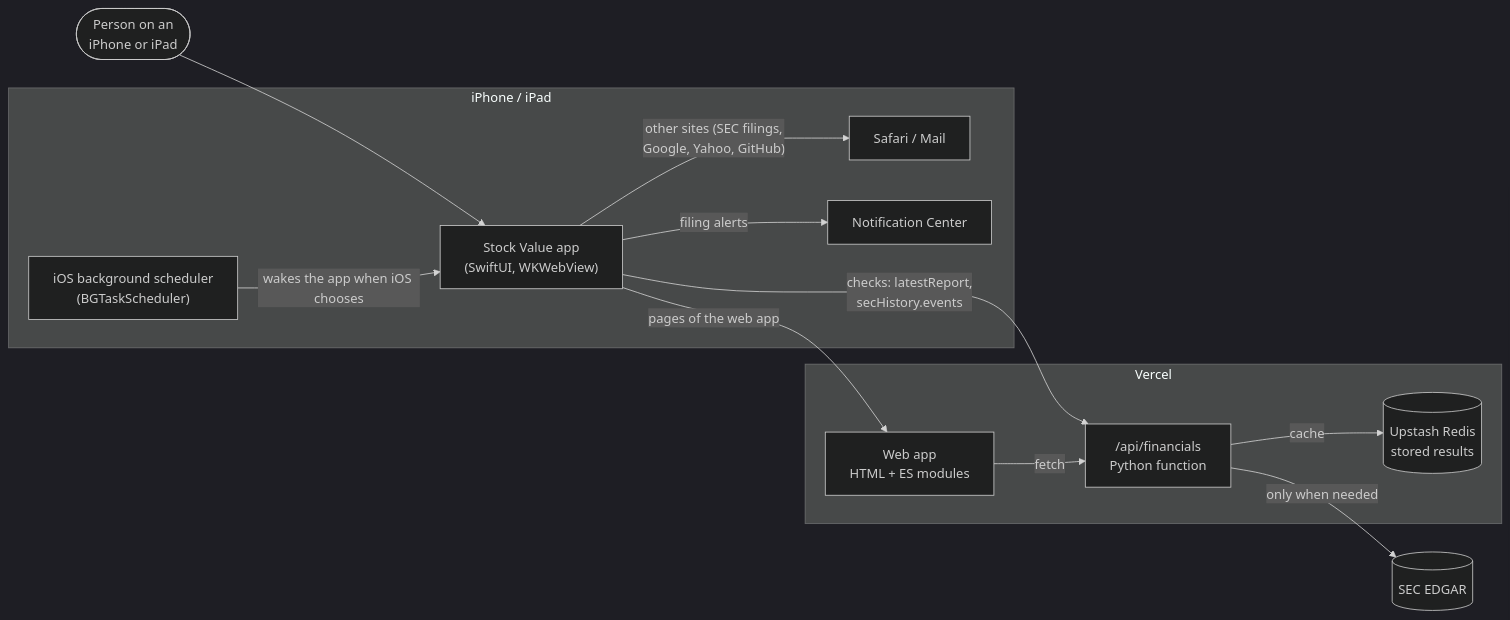
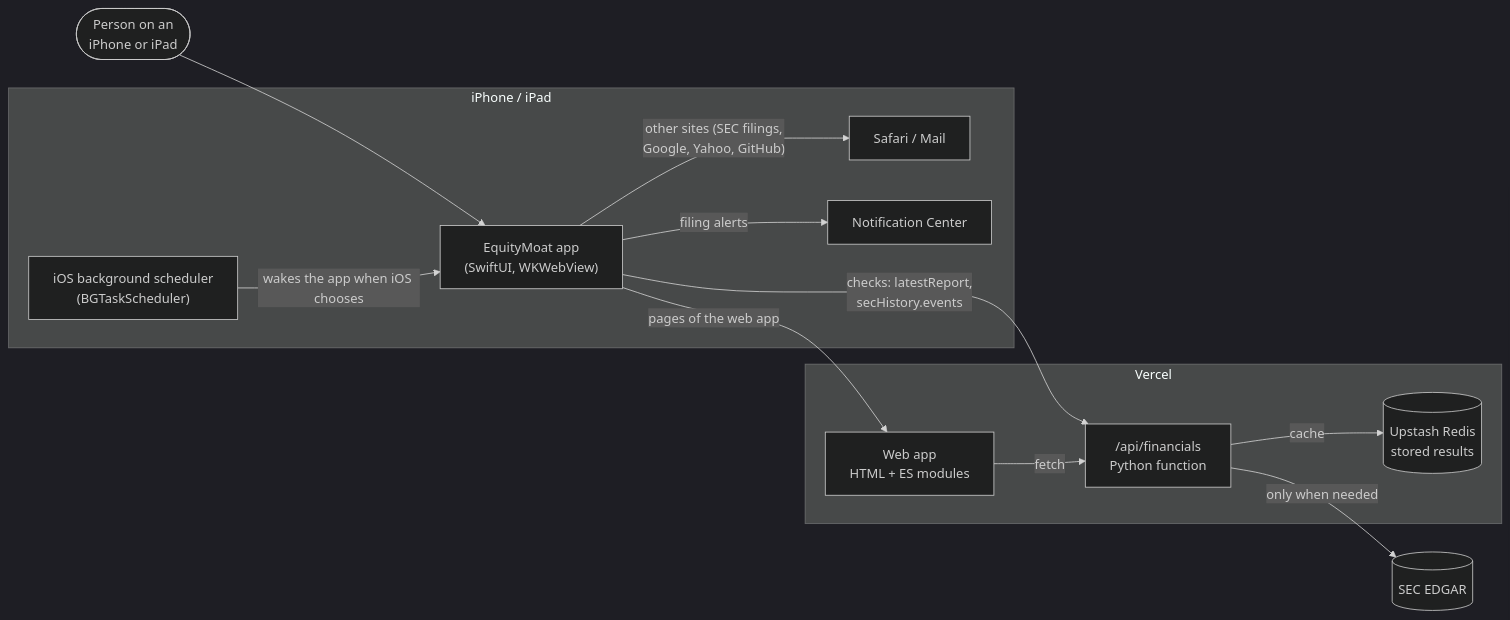
One commit to dipak-nehe/stock-value-mobile changed the first of 5 diagrams in ios/docs/architecture.md. Above: the diagram before and after it, drawn with Mermaid (dark theme). The commit also changed 7 other files, not shown here.

First line of the commit message:
Name the apps EquityMoat

````diff
--- a/ios/docs/architecture.md
+++ b/ios/docs/architecture.md
@@ -11,26 +11,26 @@
 ```mermaid
 flowchart LR
     user(["Person on an<br/>iPhone or iPad"])
     subgraph phone["iPhone / iPad"]
-        app["Stock Value app<br/>(SwiftUI, WKWebView)"]
+        app["EquityMoat app<br/>(SwiftUI, WKWebView)"]
         safari["Safari / Mail"]
         notif["Notification Center"]
         bg["iOS background scheduler<br/>(BGTaskScheduler)"]
     end
     subgraph vercel["Vercel"]
         site["Web app<br/>HTML + ES modules"]
         api["/api/financials<br/>Python function"]
         redis[("Upstash Redis<br/>stored results")]
     end
     sec[("SEC EDGAR")]
 
     user --> app
     app -- "pages of the web app" --> site
     app -- "checks: latestReport,<br/>secHistory.events" --> api
     bg -- "wakes the app when iOS chooses" --> app
     site -- "fetch" --> api
     api -- "cache" --> redis
     api -- "only when needed" --> sec
     app -- "other sites (SEC filings,<br/>Google, Yahoo, GitHub)" --> safari
     app -- "filing alerts" --> notif
 ```
````
